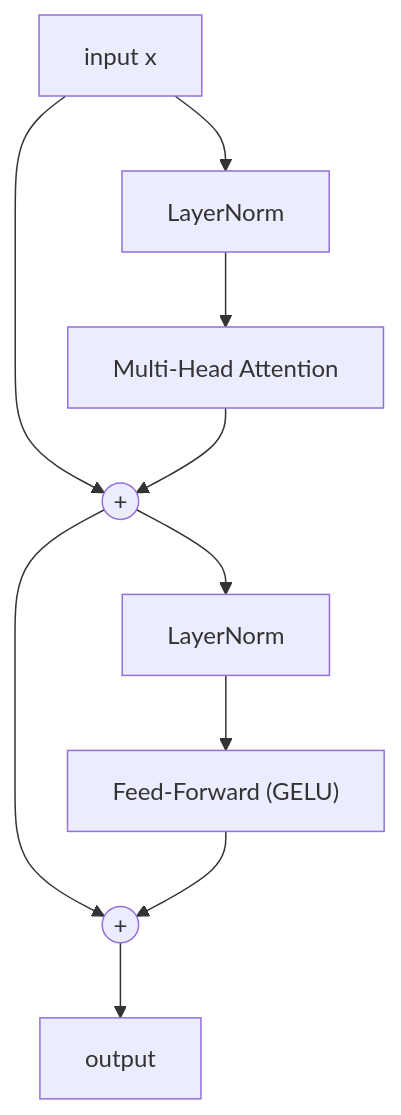
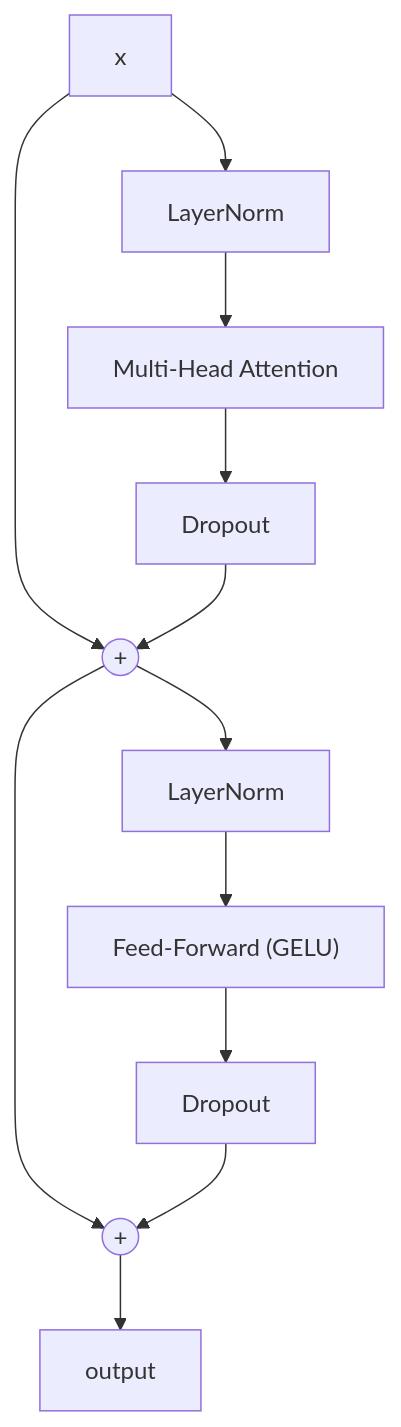
Before and after one commit to AvishakeAdhikary/blog: the diagram in content/posts/transformer-architecture/index.md, drawn with Mermaid. The commit also changed 2 other files, not shown here.

Commit message:
Fix TTS control overlap, add Mermaid pan/recenter, fix diagram fidelity
- The "sections ▾" dropdown trigger reused the same fixed 2rem icon-
  square button class as the single-glyph controls, so its wider text
  label overflowed the box and rendered on top of neighboring controls
  and the now-playing label. Give it auto width, mark all fixed-size
  controls flex:none, and let the now-playing label be the only
  flexible/truncating child (min-width:0 + flex:1) so it ellipsizes
  instead of colliding with its siblings.
- Add click-and-drag panning to Mermaid diagrams (Pointer Events with
  pointer capture) and a recenter control that resets both pan and
  zoom, since the viewport previously only supported native scrollbar
  panning with no way to re-center a zoomed/panned diagram.
- The encoder-block diagram omitted the Dropout applied to each
  residual branch in the code directly below it (`x + drop1(attn(...))`,
  `x + drop2(ff(...))`) — add the missing Dropout nodes so the diagram
  matches the implementation exactly.

````diff
--- a/content/posts/transformer-architecture/index.md
+++ b/content/posts/transformer-architecture/index.md
@@ -134,12 +134,14 @@
 ```mermaid
 flowchart TD
-    X["input x"] --> N1["LayerNorm"]
+    X["x"] --> N1["LayerNorm"]
     N1 --> MHA["Multi-Head Attention"]
+    MHA --> D1["Dropout"]
     X --> A1(("+"))
-    MHA --> A1
+    D1 --> A1
     A1 --> N2["LayerNorm"]
     N2 --> FF["Feed-Forward (GELU)"]
+    FF --> D2["Dropout"]
     A1 --> A2(("+"))
-    FF --> A2
+    D2 --> A2
     A2 --> OUT["output"]
 ```
````
